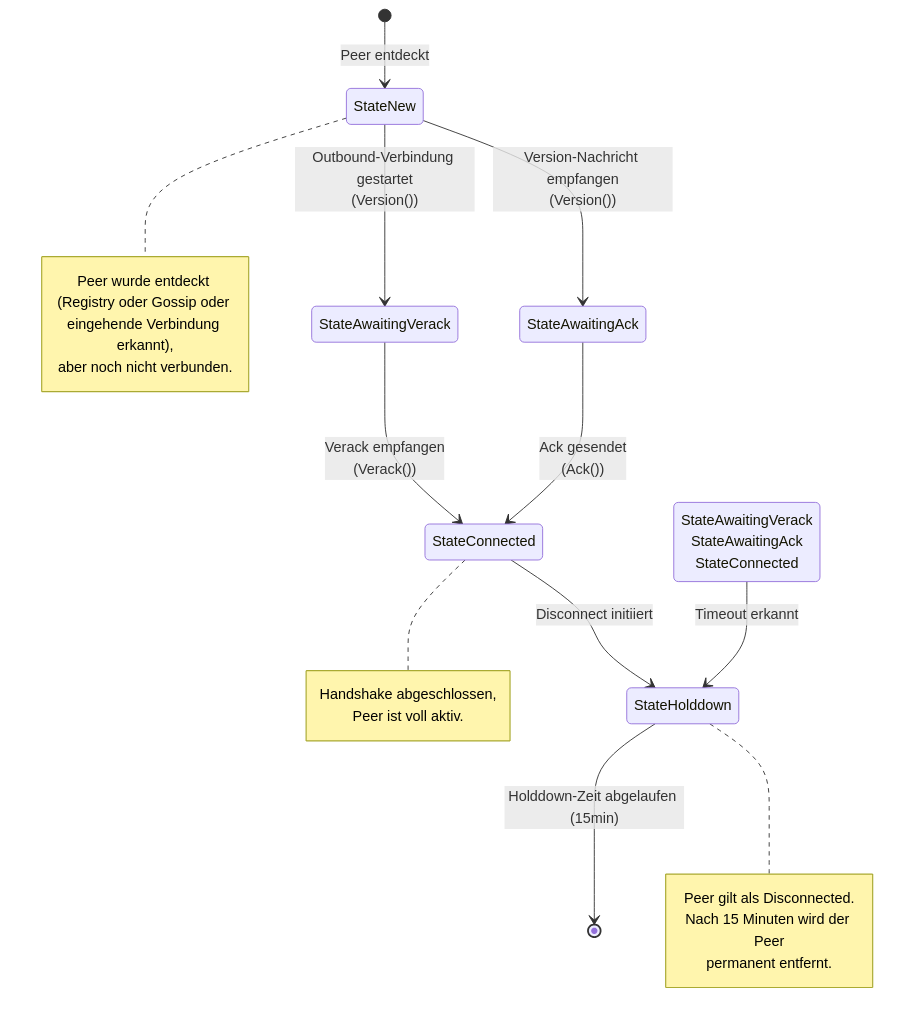
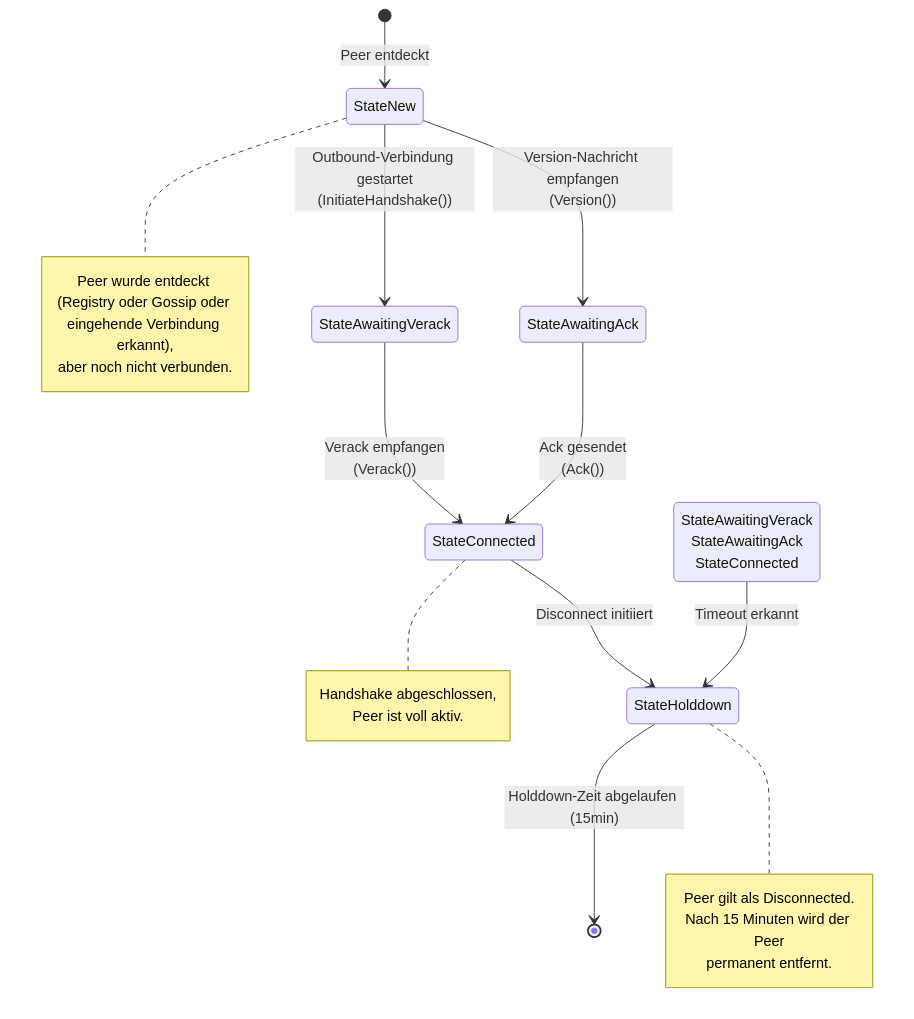
One commit to bjoern621/VSP-Blockchain changed the third of 13 diagrams in docs/arc42/arc42-MinerNetwork/MinerNetwork.md. Above: the diagram before and after it, drawn with Mermaid.

Commit message:
Verbindungsmethode in Zustandsdiagramm aktualisiert

````diff
--- a/docs/arc42/arc42-MinerNetwork/MinerNetwork.md
+++ b/docs/arc42/arc42-MinerNetwork/MinerNetwork.md
@@ -443,32 +443,32 @@
 ```mermaid
 stateDiagram-v2
     [*] --> StateNew: Peer entdeckt
 
-    StateNew --> StateAwaitingVerack: Outbound-Verbindung gestartet<br/>(Version())
+    StateNew --> StateAwaitingVerack: Outbound-Verbindung gestartet<br/>(InitiateHandshake())
     StateNew --> StateAwaitingAck: Version-Nachricht empfangen<br/>(Version())
 
     StateAwaitingVerack --> StateConnected: Verack empfangen<br/>(Verack())
     StateAwaitingAck --> StateConnected: Ack gesendet<br/>(Ack())
 
     StateConnected --> StateHolddown: Disconnect initiiert
 
     StateHolddown --> [*]: Holddown-Zeit abgelaufen (15min)
 
     StateAwaitingVerack<br/>StateAwaitingAck<br/>StateConnected --> StateHolddown: Timeout erkannt
 
     note right of StateNew
         Peer wurde entdeckt (Registry oder Gossip oder eingehende Verbindung erkannt),
         aber noch nicht verbunden.
     end note
 
     note right of StateConnected
         Handshake abgeschlossen,
         Peer ist voll aktiv.
     end note
 
     note right of StateHolddown
         Peer gilt als Disconnected.
         Nach 15 Minuten wird der Peer
         permanent entfernt.
     end note
 ```
````
